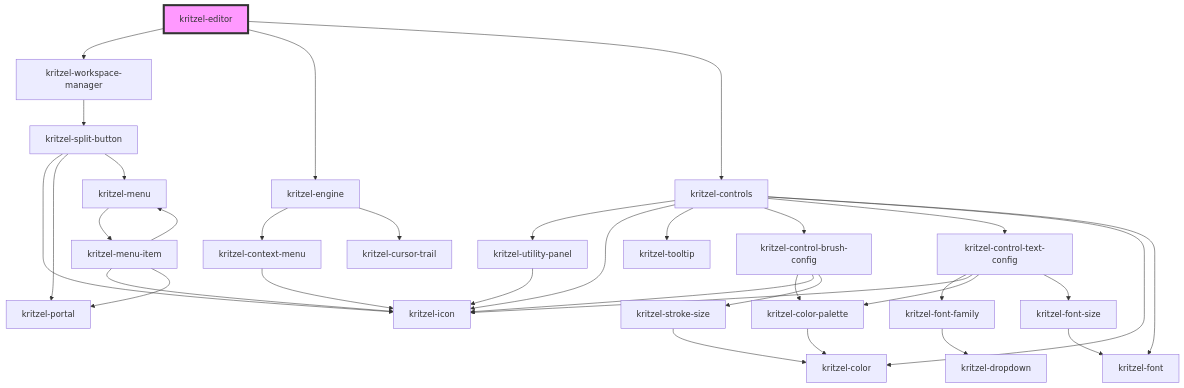
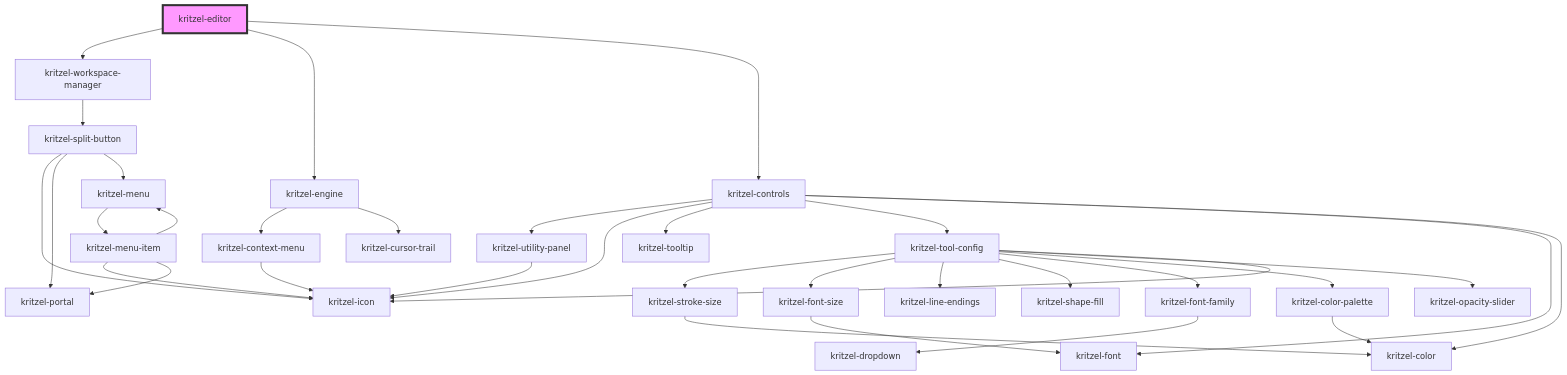
One commit to kasual1/kritzel changed the diagram in libs/kritzel-stencil/src/components/core/kritzel-editor/readme.md. Above: the diagram before and after it, drawn with Mermaid. The commit also changed 20 other files, not shown here.

````diff
--- a/libs/kritzel-stencil/src/components/core/kritzel-editor/readme.md
+++ b/libs/kritzel-stencil/src/components/core/kritzel-editor/readme.md
@@ -240,37 +240,37 @@
 ```mermaid
 graph TD;
   kritzel-editor --> kritzel-workspace-manager
   kritzel-editor --> kritzel-engine
   kritzel-editor --> kritzel-controls
   kritzel-workspace-manager --> kritzel-split-button
   kritzel-split-button --> kritzel-icon
   kritzel-split-button --> kritzel-portal
   kritzel-split-button --> kritzel-menu
   kritzel-menu --> kritzel-menu-item
   kritzel-menu-item --> kritzel-icon
   kritzel-menu-item --> kritzel-portal
   kritzel-menu-item --> kritzel-menu
   kritzel-engine --> kritzel-context-menu
   kritzel-engine --> kritzel-cursor-trail
   kritzel-context-menu --> kritzel-icon
   kritzel-controls --> kritzel-utility-panel
   kritzel-controls --> kritzel-icon
   kritzel-controls --> kritzel-tooltip
-  kritzel-controls --> kritzel-control-brush-config
-  kritzel-controls --> kritzel-control-text-config
+  kritzel-controls --> kritzel-tool-config
+  kritzel-controls --> kritzel-font
   kritzel-controls --> kritzel-color
-  kritzel-controls --> kritzel-font
   kritzel-utility-panel --> kritzel-icon
-  kritzel-control-brush-config --> kritzel-color-palette
-  kritzel-control-brush-config --> kritzel-icon
-  kritzel-control-brush-config --> kritzel-stroke-size
+  kritzel-tool-config --> kritzel-stroke-size
+  kritzel-tool-config --> kritzel-font-size
+  kritzel-tool-config --> kritzel-line-endings
+  kritzel-tool-config --> kritzel-shape-fill
+  kritzel-tool-config --> kritzel-font-family
+  kritzel-tool-config --> kritzel-color-palette
+  kritzel-tool-config --> kritzel-opacity-slider
+  kritzel-tool-config --> kritzel-icon
+  kritzel-stroke-size --> kritzel-color
+  kritzel-font-size --> kritzel-font
+  kritzel-font-family --> kritzel-dropdown
   kritzel-color-palette --> kritzel-color
-  kritzel-stroke-size --> kritzel-color
-  kritzel-control-text-config --> kritzel-font-family
-  kritzel-control-text-config --> kritzel-icon
-  kritzel-control-text-config --> kritzel-color-palette
-  kritzel-control-text-config --> kritzel-font-size
-  kritzel-font-family --> kritzel-dropdown
-  kritzel-font-size --> kritzel-font
   style kritzel-editor fill:#f9f,stroke:#333,stroke-width:4px
 ```
````
